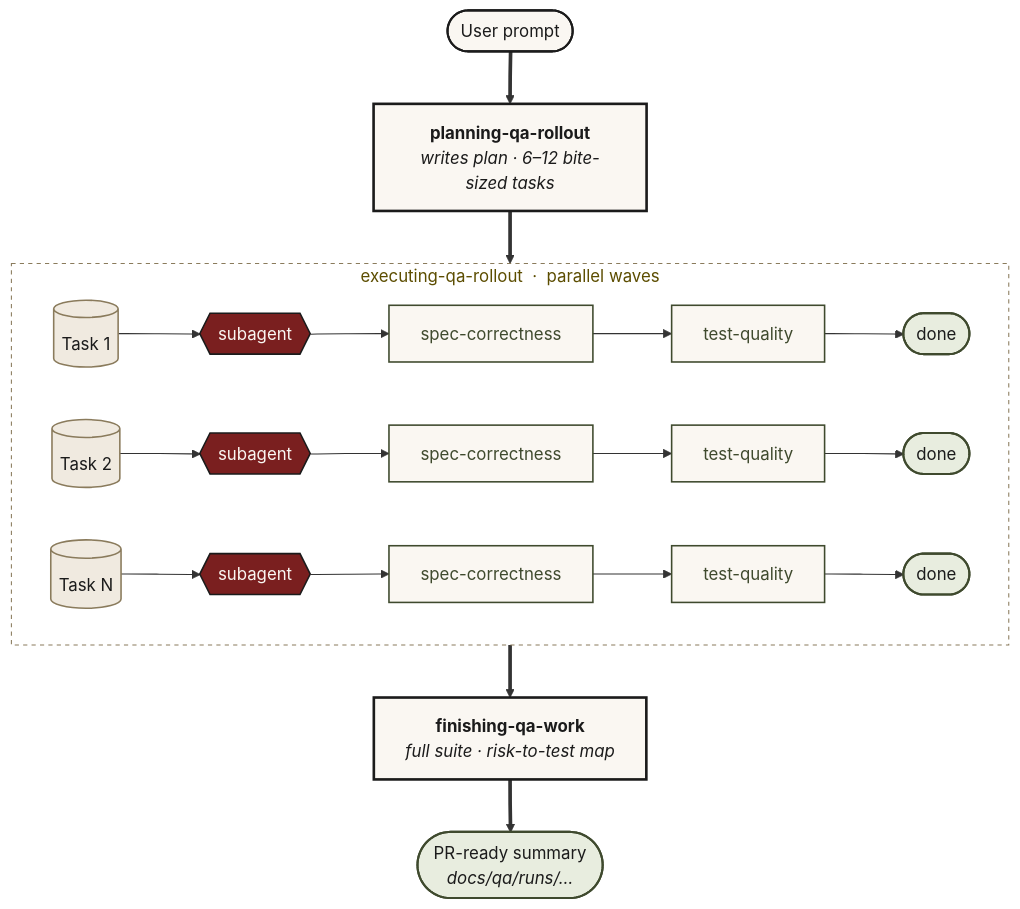
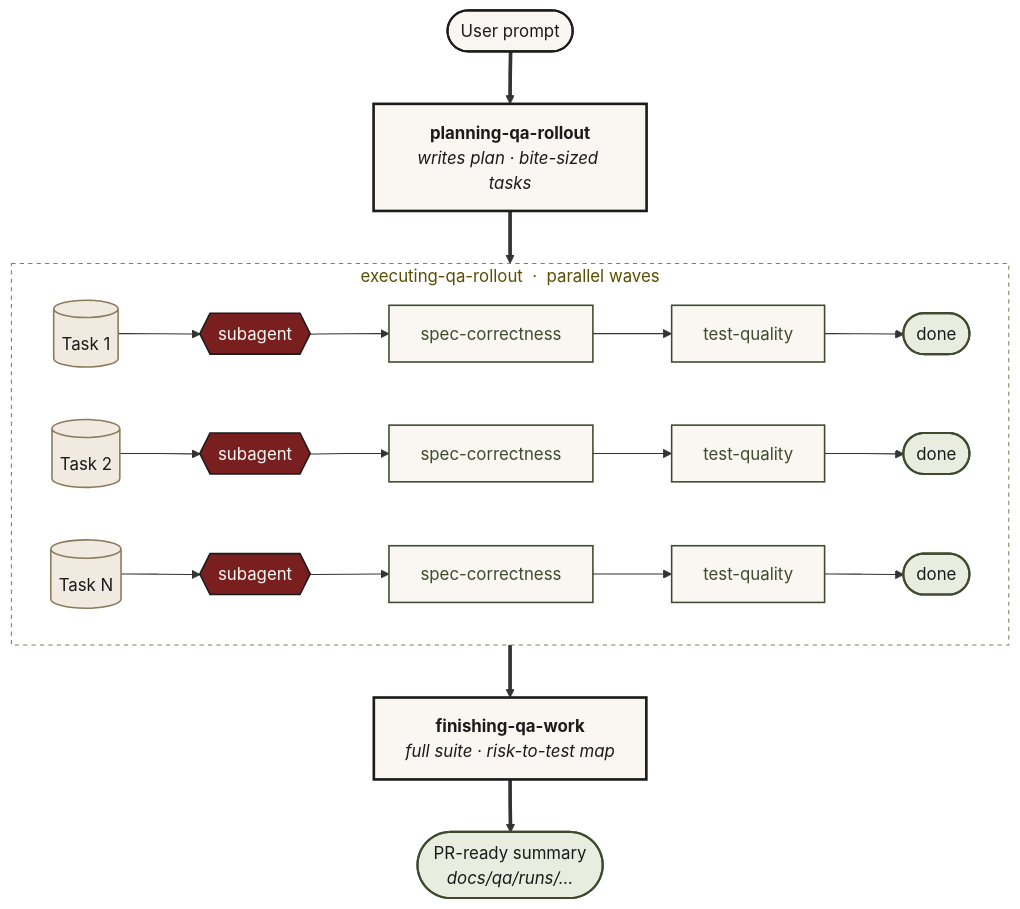
The diagram in DEMO.md (sumithr/sumo-qa), drawn with Mermaid before and after one commit. The commit also changed other lines of this file and 2 other files, not shown here.

````diff
--- a/DEMO.md
+++ b/DEMO.md
@@ -117,40 +164,40 @@
 ```mermaid
 %%{init: {'theme':'base', 'themeVariables': {
   'fontFamily':'Charter, "Iowan Old Style", Georgia, serif',
   'fontSize':'14px',
   'primaryTextColor':'#1B1B1B',
   'lineColor':'#1B1B1B'
 }}}%%
 flowchart TD
     U(["User prompt"])
-    Plan["<b>planning-qa-rollout</b><br/><i>writes plan · 6–12 bite-sized tasks</i>"]
+    Plan["<b>planning-qa-rollout</b><br/><i>writes plan · bite-sized tasks</i>"]
 
     subgraph Exec ["executing-qa-rollout &nbsp;·&nbsp; parallel waves"]
         direction LR
         T1[("Task 1")] --> A1{{"subagent"}} --> R1a["spec-correctness"] --> R1b["test-quality"] --> D1(["done"])
         T2[("Task 2")] --> A2{{"subagent"}} --> R2a["spec-correctness"] --> R2b["test-quality"] --> D2(["done"])
         TN[("Task N")] --> AN{{"subagent"}} --> RNa["spec-correctness"] --> RNb["test-quality"] --> DN(["done"])
     end
 
     Finish["<b>finishing-qa-work</b><br/><i>full suite · risk-to-test map</i>"]
     Out(["PR-ready summary<br/><i>docs/qa/runs/…</i>"])
 
     U ==> Plan ==> Exec
     Exec ==> Finish ==> Out
 
     classDef io fill:#FAF7F2,stroke:#1B1B1B,stroke-width:2px,color:#1B1B1B
     classDef step fill:#FAF7F2,stroke:#1B1B1B,stroke-width:2.5px,color:#1B1B1B
     classDef task fill:#F0EAE0,stroke:#8A7B5C,stroke-width:1.5px,color:#1B1B1B
     classDef agent fill:#7A1F1F,stroke:#1B1B1B,stroke-width:1.5px,color:#FAF7F2
     classDef review fill:#FAF7F2,stroke:#3F4A2E,stroke-width:1.5px,color:#3F4A2E
     classDef done fill:#E8EDDF,stroke:#3F4A2E,stroke-width:2px,color:#1B1B1B
     classDef group fill:none,stroke:#8A7B5C,stroke-width:1px,color:#5C4D00,stroke-dasharray: 4 4
 
     class U io
     class Plan,Finish step
     class T1,T2,TN task
     class A1,A2,AN agent
     class R1a,R1b,R2a,R2b,RNa,RNb review
     class D1,D2,DN,Out done
     class Exec group
 ```
````
